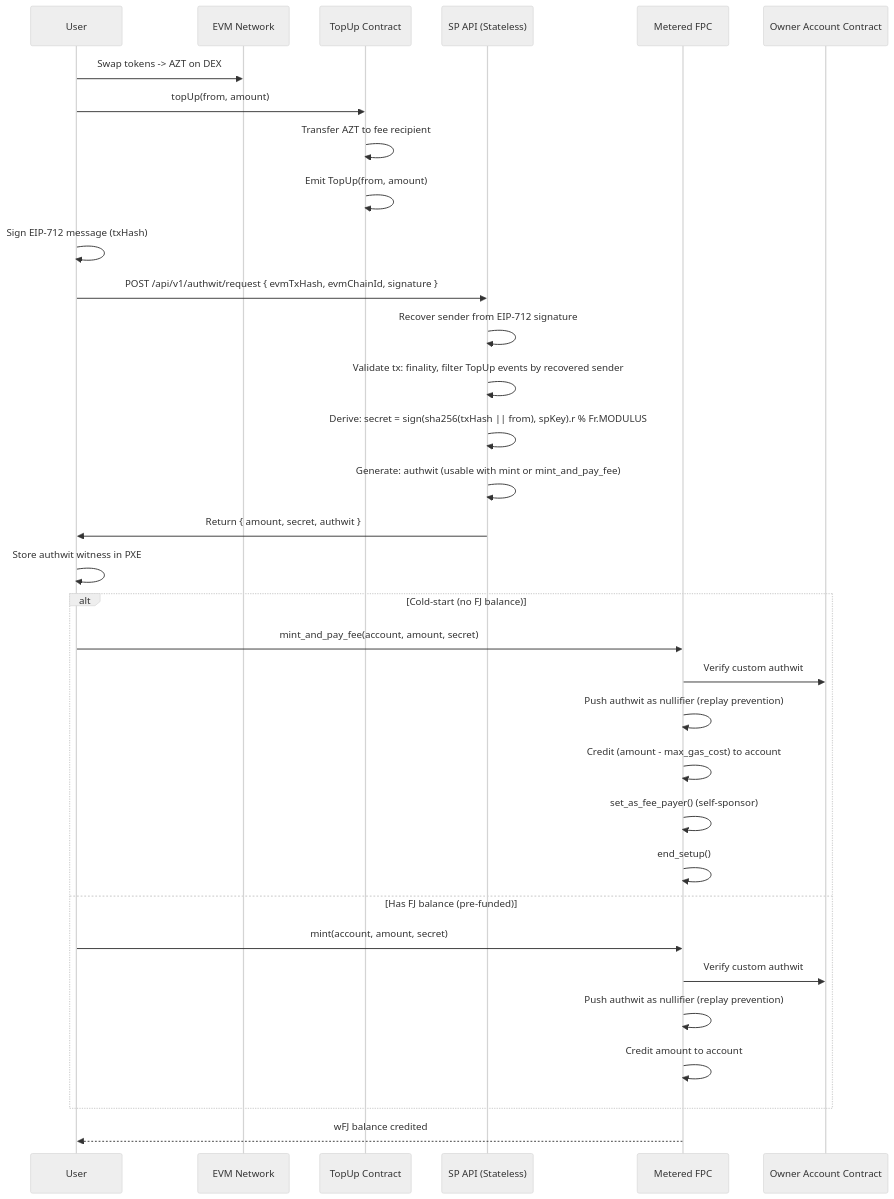
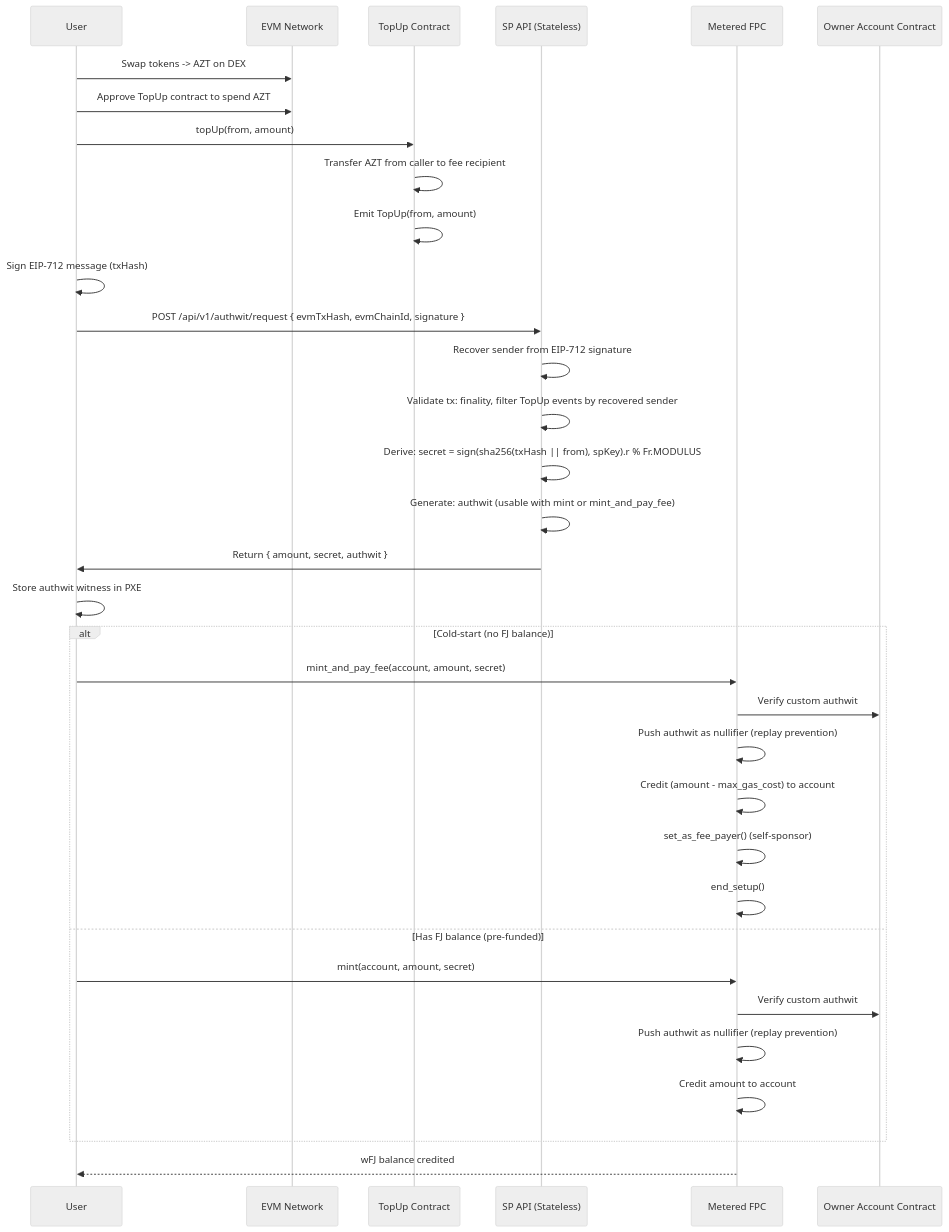
Before and after one commit to defi-wonderland/aztec-fee-payment: the third of 3 diagrams in docs/product-requirements.md, drawn with Mermaid (neutral theme). The commit also changed other lines of this file, not shown here.

````diff
--- a/docs/product-requirements.md
+++ b/docs/product-requirements.md
@@ -536,39 +538,40 @@
 ```mermaid
 sequenceDiagram
     participant User
     participant EVM as EVM Network
     participant TopUp as TopUp Contract
     participant API as SP API (Stateless)
     participant FPC as Metered FPC
     participant OAC as Owner Account Contract
 
     User->>EVM: Swap tokens -> AZT on DEX
+    User->>EVM: Approve TopUp contract to spend AZT
     User->>TopUp: topUp(from, amount)
-    TopUp->>TopUp: Transfer AZT to fee recipient
+    TopUp->>TopUp: Transfer AZT from caller to fee recipient
     TopUp->>TopUp: Emit TopUp(from, amount)
     User->>User: Sign EIP-712 message (txHash)
     User->>API: POST /api/v1/authwit/request { evmTxHash, evmChainId, signature }
 
     API->>API: Recover sender from EIP-712 signature
     API->>API: Validate tx: finality, filter TopUp events by recovered sender
     API->>API: Derive: secret = sign(sha256(txHash || from), spKey).r % Fr.MODULUS
     API->>API: Generate: authwit (usable with mint or mint_and_pay_fee)
     API->>User: Return { amount, secret, authwit }
 
     User->>User: Store authwit witness in PXE
 
     alt Cold-start (no FJ balance)
         User->>FPC: mint_and_pay_fee(account, amount, secret)
         FPC->>OAC: Verify custom authwit
         FPC->>FPC: Push authwit as nullifier (replay prevention)
         FPC->>FPC: Credit (amount - max_gas_cost) to account
         FPC->>FPC: set_as_fee_payer() (self-sponsor)
         FPC->>FPC: end_setup()
     else Has FJ balance (pre-funded)
         User->>FPC: mint(account, amount, secret)
         FPC->>OAC: Verify custom authwit
         FPC->>FPC: Push authwit as nullifier (replay prevention)
         FPC->>FPC: Credit amount to account
     end
     FPC-->>User: wFJ balance credited
 ```
````
